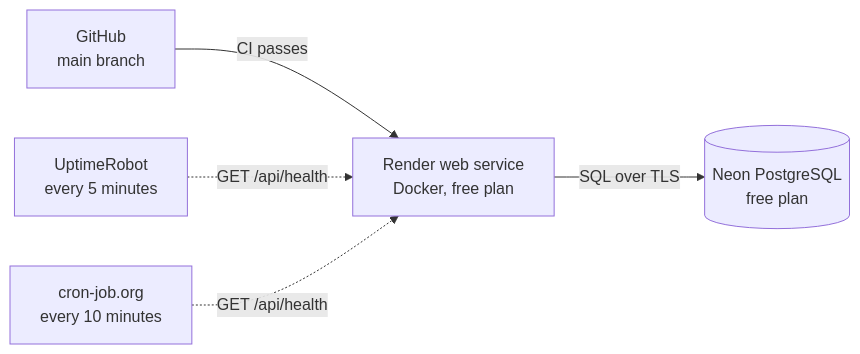
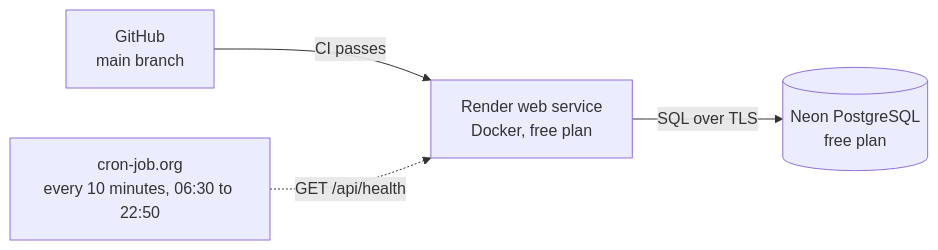
Before and after one commit to vladimirmilivojevic-creator/valitrack: the diagram in docs/deployment.md, drawn with Mermaid. The commit also changed other lines of this file and 4 other files, not shown here.

````diff
--- a/docs/deployment.md
+++ b/docs/deployment.md
@@ -6,7 +6,6 @@
 ```mermaid
 flowchart LR
     G[GitHub<br/>main branch] -->|CI passes| R[Render web service<br/>Docker, free plan]
     R -->|SQL over TLS| N[(Neon PostgreSQL<br/>free plan)]
-    M1[UptimeRobot<br/>every 5 minutes] -.->|GET /api/health| R
-    M2[cron-job.org<br/>every 10 minutes] -.->|GET /api/health| R
+    M[cron-job.org<br/>every 10 minutes, 06:30 to 22:50] -.->|GET /api/health| R
 ```
````
